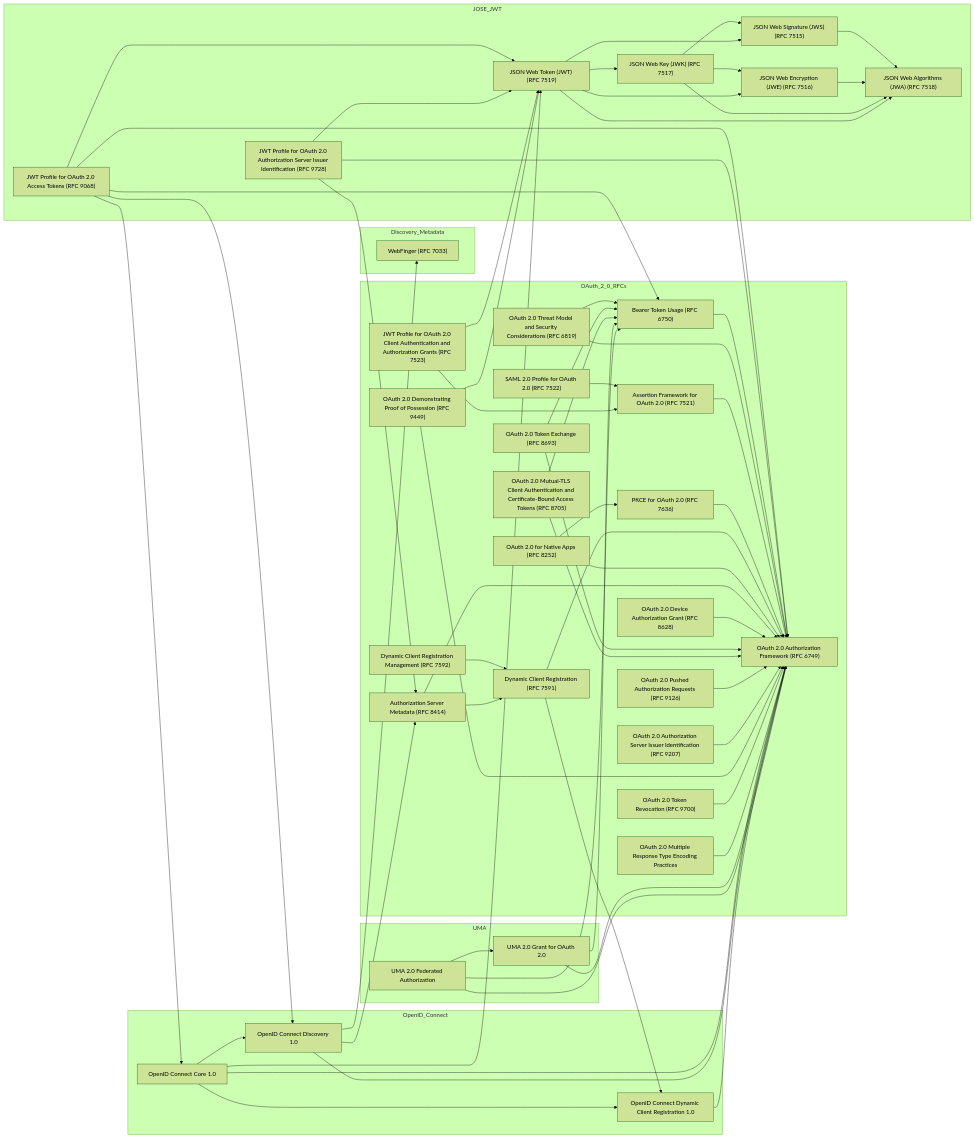
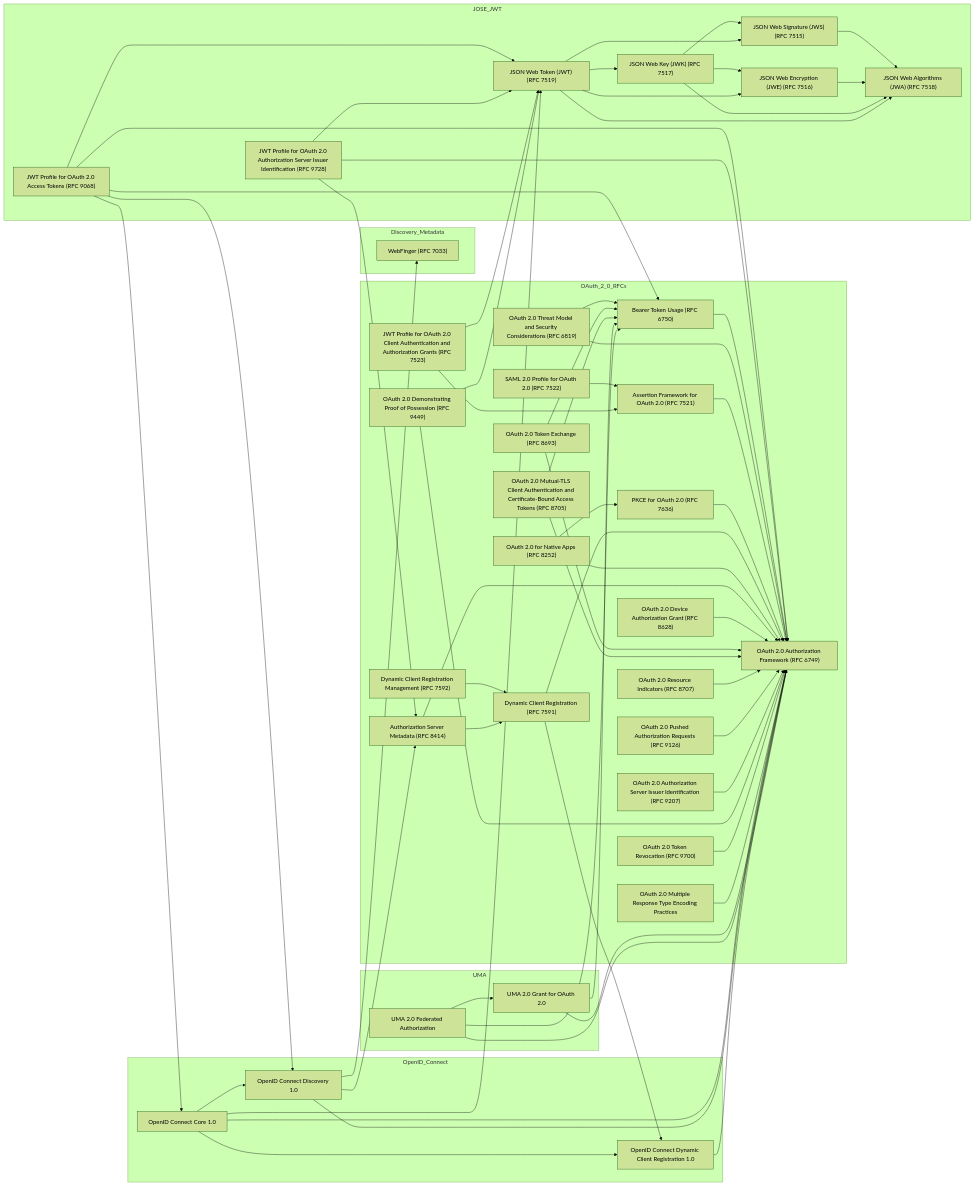
One commit to ryanspletzer/oidc-oauth-spec-graph changed the diagram in graph.md. Above: the diagram before and after it, drawn with Mermaid (forest theme). The commit also changed 1 other file, not shown here.

Commit message:
Add RFC 8707 OAuth 2.0 Resource Indicators support
Includes RFC 8707 in the OAuth specification graph to provide clients with the ability to specify target resource servers when requesting access tokens.

Enhances the documentation by adding the resource indicators specification to both the README and the interactive graph visualization with proper dependency relationships and clickable links.

```diff
--- a/graph.md
+++ b/graph.md
@@ -26,6 +26,7 @@
     RFC8628["OAuth 2.0 Device Authorization Grant (RFC 8628)"]
     RFC8693["OAuth 2.0 Token Exchange (RFC 8693)"]
     RFC8705["OAuth 2.0 Mutual-TLS Client Authentication and Certificate-Bound Access Tokens (RFC 8705)"]
+    RFC8707["OAuth 2.0 Resource Indicators (RFC 8707)"]
     RFC9126["OAuth 2.0 Pushed Authorization Requests (RFC 9126)"]
     RFC9207["OAuth 2.0 Authorization Server Issuer Identification (RFC 9207)"]
     RFC9449["OAuth 2.0 Demonstrating Proof of Possession (RFC 9449)"]
@@ -75,6 +76,7 @@
   RFC8693 --> RFC6750
   RFC8705 --> RFC6749
   RFC8705 --> RFC6750
+  RFC8707 --> RFC6749
   RFC9126 --> RFC6749
   RFC9207 --> RFC6749
   RFC9449 --> RFC6749
@@ -146,6 +148,7 @@
   click RFC8628 "https://datatracker.ietf.org/doc/html/rfc8628" "OAuth 2.0 Device Authorization Grant (RFC 8628)"
   click RFC8693 "https://datatracker.ietf.org/doc/html/rfc8693" "OAuth 2.0 Token Exchange (RFC 8693)"
   click RFC8705 "https://datatracker.ietf.org/doc/html/rfc8705" "OAuth 2.0 Mutual-TLS Client Authentication and Certificate-Bound Access Tokens (RFC 8705)"
+  click RFC8707 "https://datatracker.ietf.org/doc/html/rfc8707" "OAuth 2.0 Resource Indicators (RFC 8707)"
   click RFC9126 "https://datatracker.ietf.org/doc/html/rfc9126" "OAuth 2.0 Pushed Authorization Requests (RFC 9126)"
   click RFC9207 "https://datatracker.ietf.org/doc/html/rfc9207" "OAuth 2.0 Authorization Server Issuer Identification (RFC 9207)"
   click RFC9449 "https://datatracker.ietf.org/doc/html/rfc9449" "OAuth 2.0 Demonstrating Proof of Possession (RFC 9449)"
```
